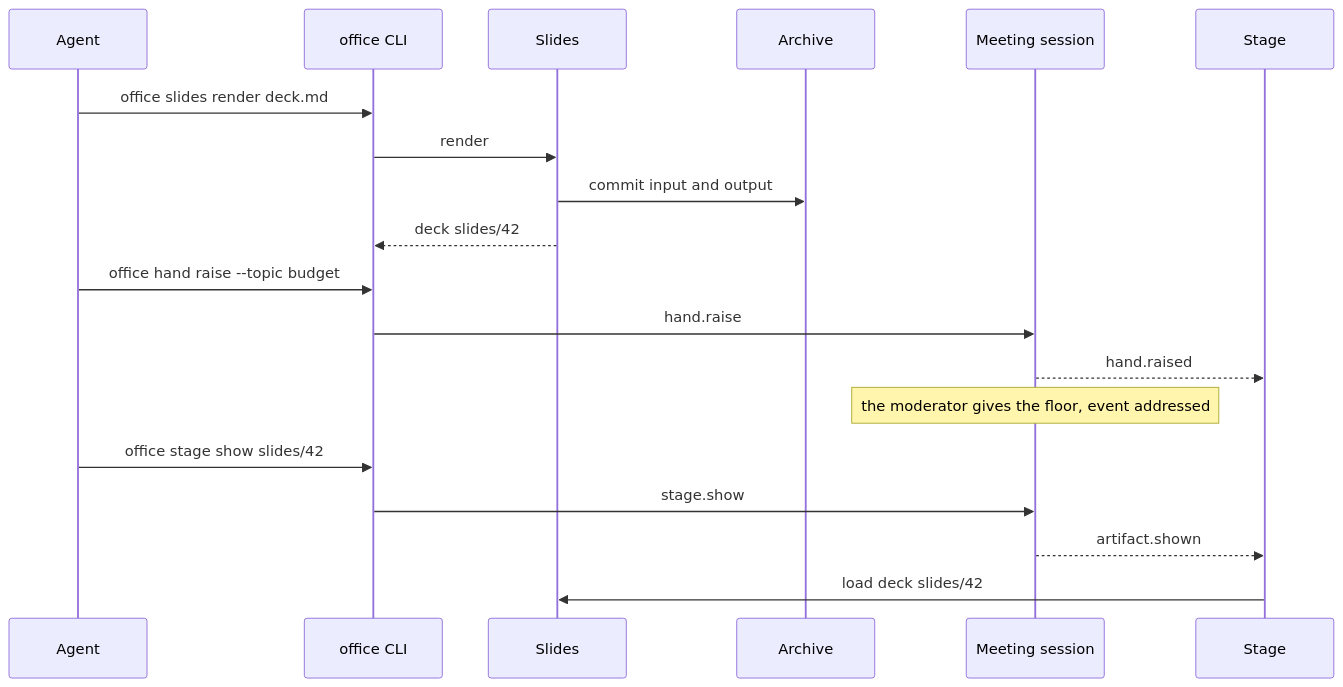
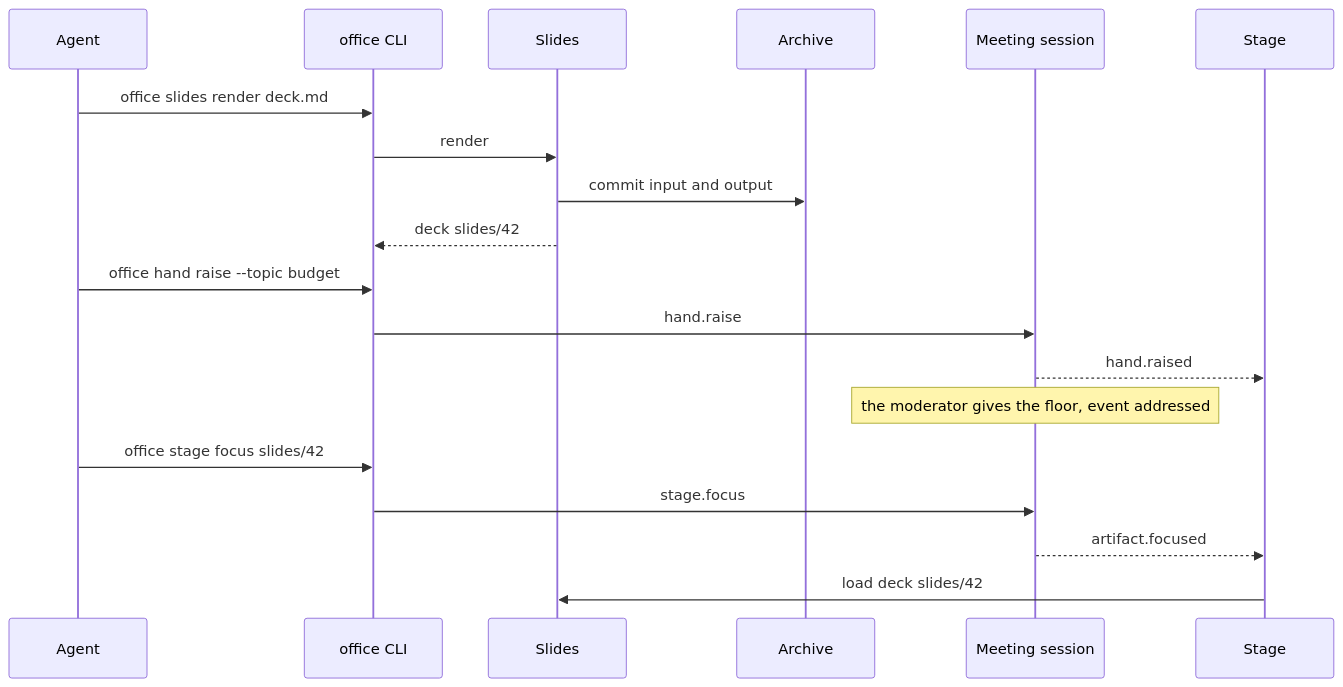
The fourth of 11 diagrams in docs/architecture/06-runtime-view.arc42.md (mrsimpson/agentic-office), drawn with Mermaid before and after one commit. The commit also changed other lines of this file and 68 other files, not shown here.

````diff
--- a/docs/architecture/06-runtime-view.arc42.md
+++ b/docs/architecture/06-runtime-view.arc42.md
@@ -169,21 +169,21 @@
 ```mermaid
 sequenceDiagram
     participant actor_agent as Agent
     participant bb_cli as office CLI
     participant bb_slides as Slides
     participant bb_archive as Archive
     participant bb_session as Meeting session
     participant bb_stage as Stage
     actor_agent->>bb_cli: office slides render deck.md
     bb_cli->>bb_slides: render
     bb_slides->>bb_archive: commit input and output
     bb_slides-->>bb_cli: deck slides/42
     actor_agent->>bb_cli: office hand raise --topic budget
     bb_cli->>bb_session: hand.raise
     bb_session-->>bb_stage: hand.raised
     Note over bb_session: the moderator gives the floor, event addressed
-    actor_agent->>bb_cli: office stage show slides/42
-    bb_cli->>bb_session: stage.show
-    bb_session-->>bb_stage: artifact.shown
+    actor_agent->>bb_cli: office stage focus slides/42
+    bb_cli->>bb_session: stage.focus
+    bb_session-->>bb_stage: artifact.focused
     bb_stage->>bb_slides: load deck slides/42
 ```
````
